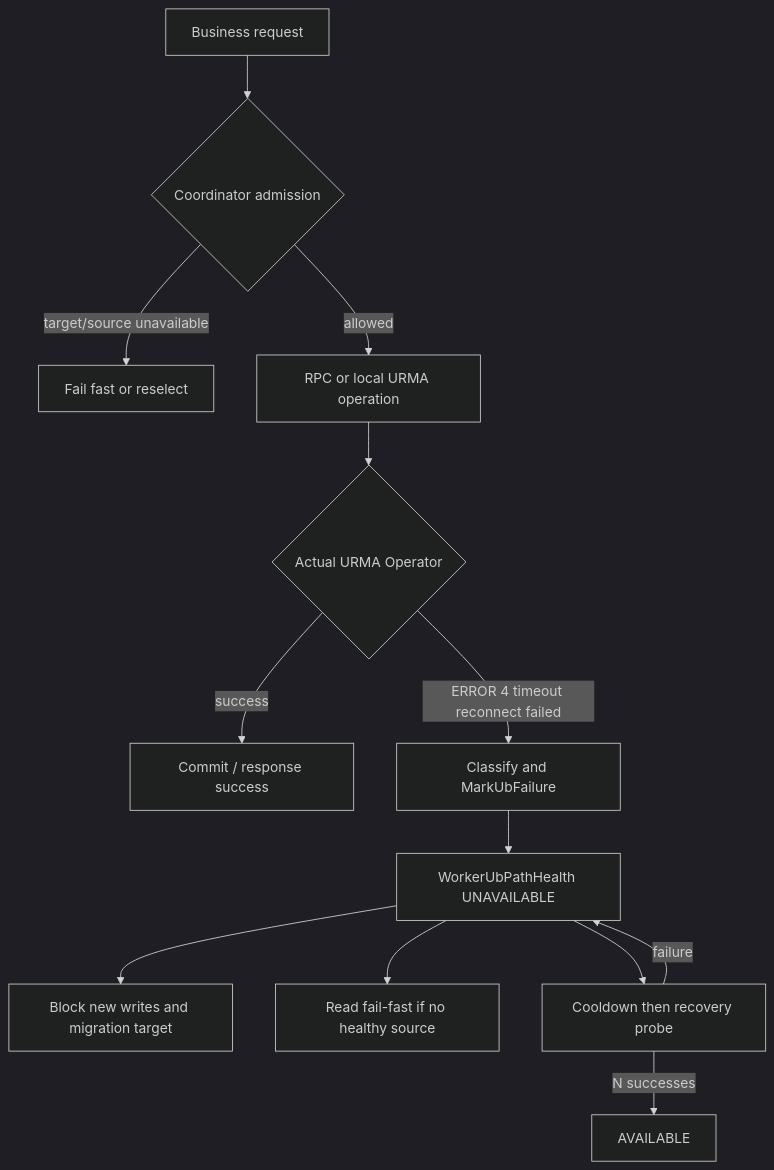
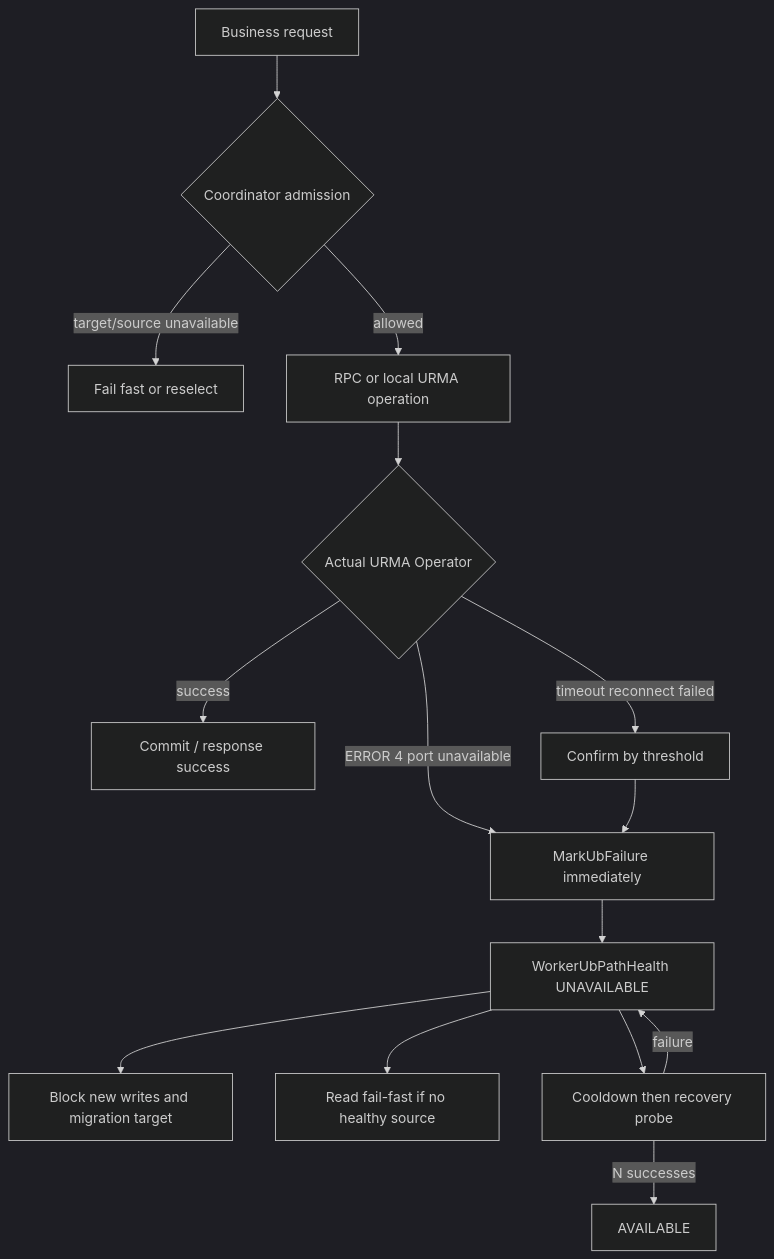
One commit to CheYulin/yuanrong-datasystem-agent-workbench changed diagram 14 of 14 in rfc/2026-07-12-ub-data-plane-quarantine/design-and-story.md. Above: the diagram before and after it, drawn with Mermaid (dark theme). The commit also changed other lines of this file and 2 other files, not shown here.

Commit message:
docs(rfc): clarify ERROR 4 UB port isolation

````diff
--- a/rfc/2026-07-12-ub-data-plane-quarantine/design-and-story.md
+++ b/rfc/2026-07-12-ub-data-plane-quarantine/design-and-story.md
@@ -780,15 +782,17 @@
 ```mermaid
 flowchart TD
     A[Business request] --> B{Coordinator admission}
     B -->|target/source unavailable| F[Fail fast or reselect]
     B -->|allowed| C[RPC or local URMA operation]
     C --> D{Actual URMA Operator}
     D -->|success| E[Commit / response success]
-    D -->|ERROR 4 timeout reconnect failed| G[Classify and MarkUbFailure]
+    D -->|ERROR 4 port unavailable| G[MarkUbFailure immediately]
+    D -->|timeout reconnect failed| Q[Confirm by threshold]
+    Q --> G
     G --> H[WorkerUbPathHealth UNAVAILABLE]
     H --> I[Block new writes and migration target]
     H --> J[Read fail-fast if no healthy source]
     H --> K[Cooldown then recovery probe]
     K -->|N successes| L[AVAILABLE]
     K -->|failure| H
 ```
````
